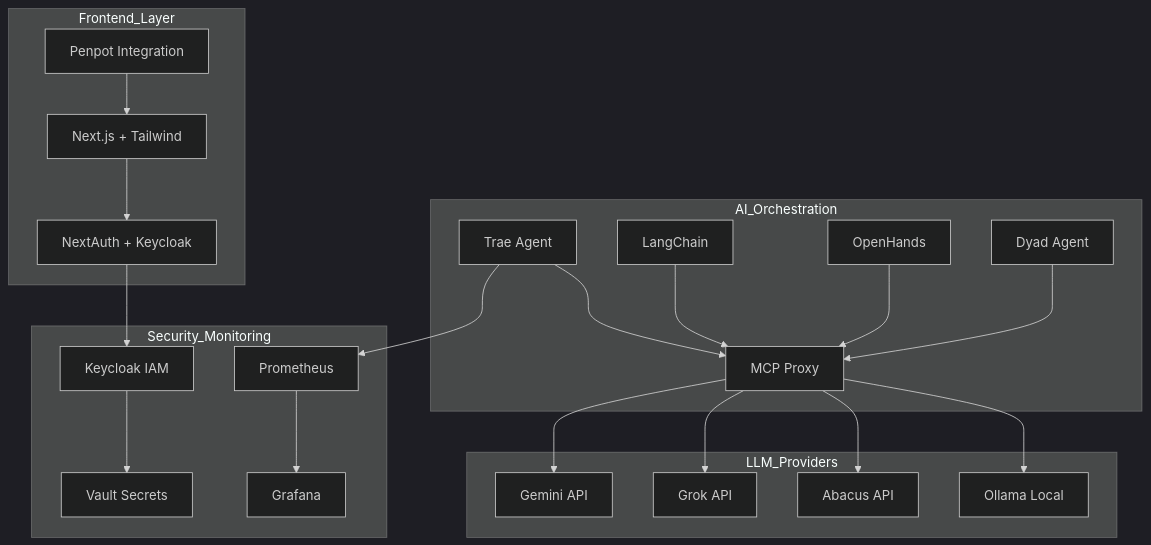
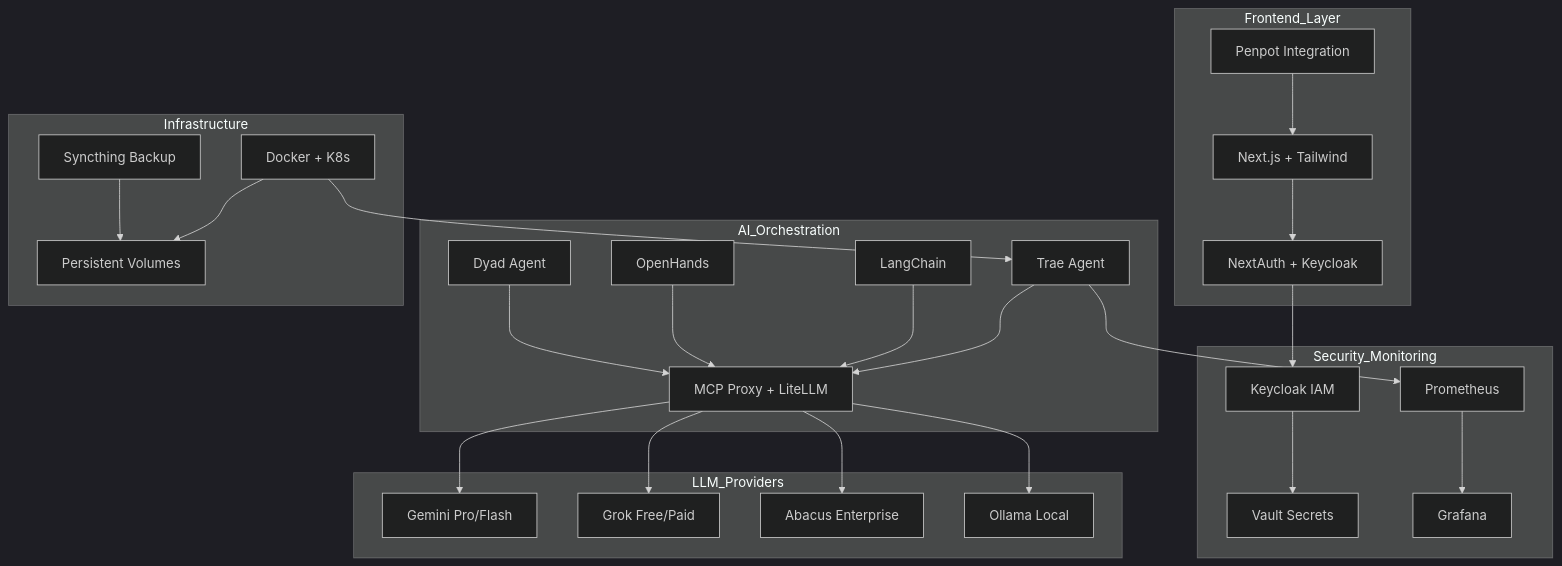
Before and after one commit to arturdrr/full-stack-industrial-ai: the diagram in README.md, drawn with Mermaid (dark theme). The commit also changed other lines of this file, not shown here.

````diff
--- a/README.md
+++ b/README.md
@@ -52,29 +26,35 @@
 ```mermaid
 graph TD
     subgraph "Frontend_Layer"
         A[Next.js + Tailwind] --> B[NextAuth + Keycloak]
         C[Penpot Integration] --> A
     end
     
     subgraph "AI_Orchestration"
-        D[Trae Agent] --> E[MCP Proxy]
+        D[Trae Agent] --> E[MCP Proxy + LiteLLM]
         F[LangChain] --> E
         G[OpenHands] --> E
         H[Dyad Agent] --> E
     end
     
     subgraph "LLM_Providers"
-        E --> I[Gemini API]
-        E --> J[Grok API] 
-        E --> K[Abacus API]
+        E --> I[Gemini Pro/Flash]
+        E --> J[Grok Free/Paid]
+        E --> K[Abacus Enterprise]
         E --> L[Ollama Local]
     end
     
-    subgraph "Security_Monitoring"
-        M[Keycloak IAM] --> N[Vault Secrets]
-        O[Prometheus] --> P[Grafana]
+    subgraph "Infrastructure"
+        M[Docker + K8s] --> N[Persistent Volumes]
+        O[Syncthing Backup] --> N
     end
     
-    B --> M
-    D --> O
+    subgraph "Security_Monitoring"
+        P[Keycloak IAM] --> Q[Vault Secrets]
+        R[Prometheus] --> S[Grafana]
+    end
+    
+    B --> P
+    D --> R
+    M --> D
 ```
````
